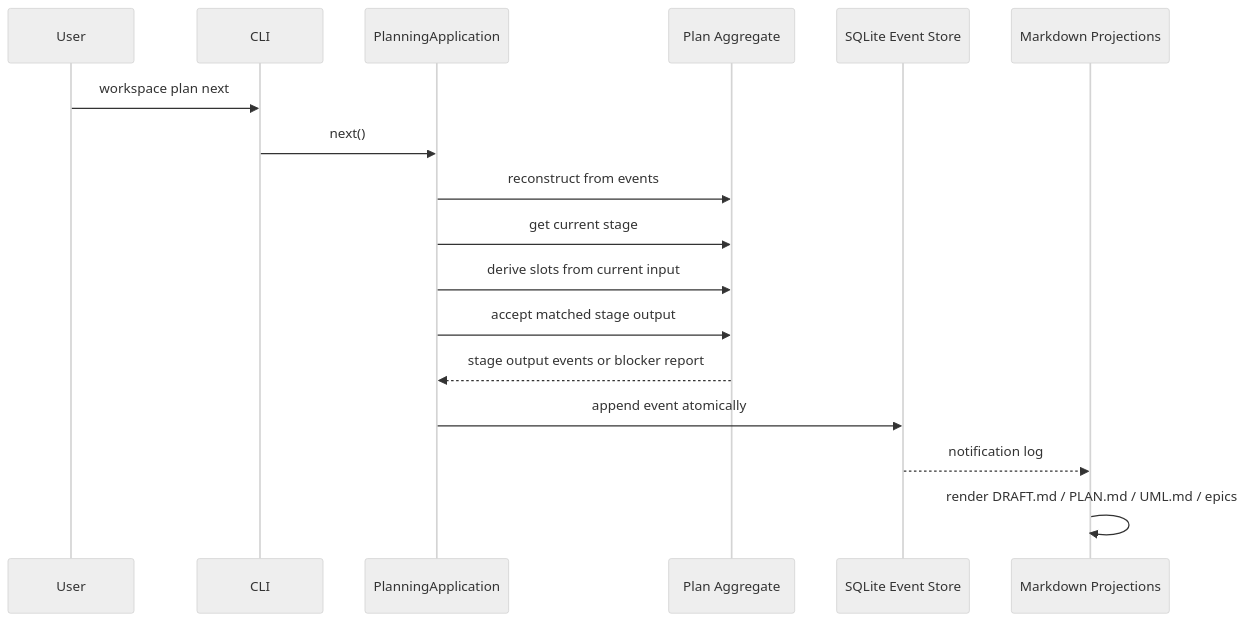
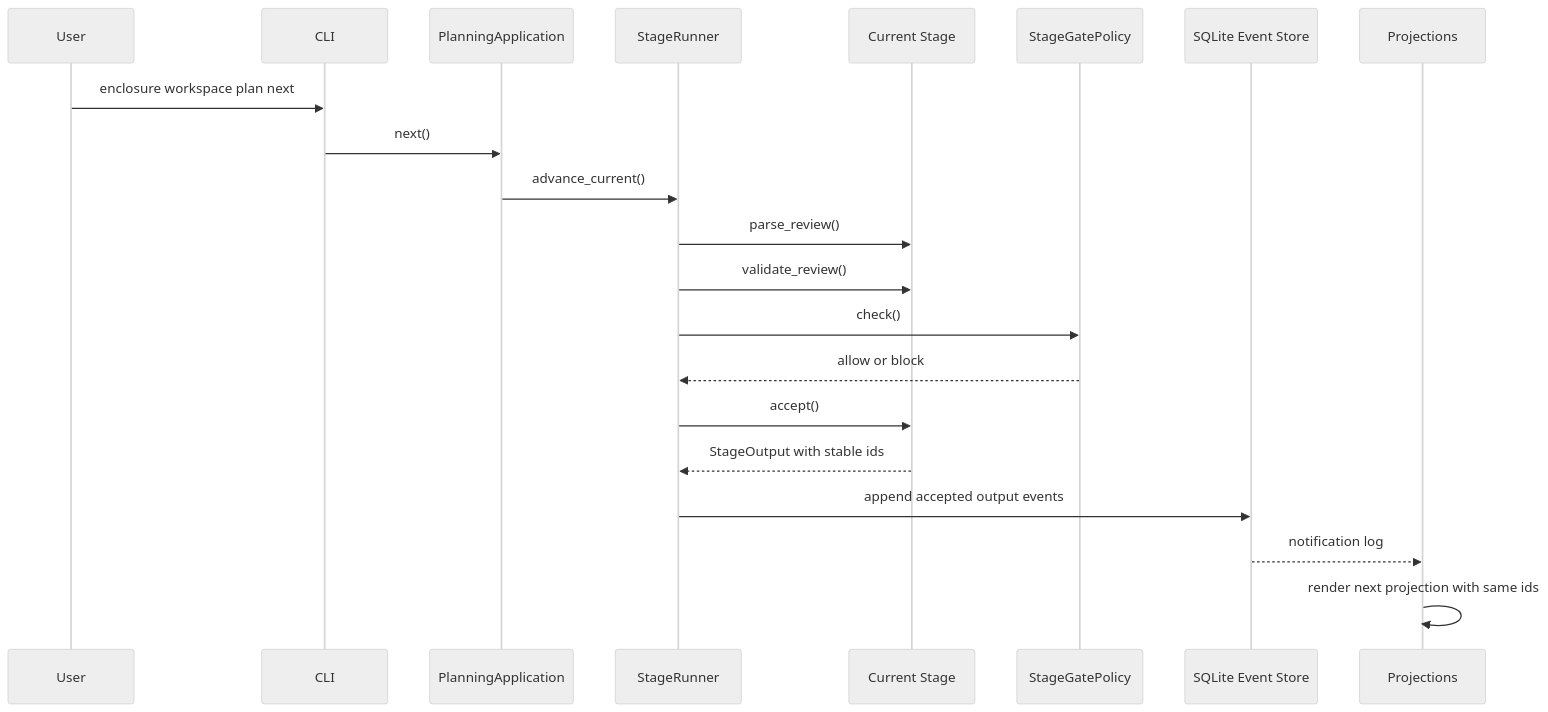
The ninth of 10 diagrams in .enclosure/plans/planning-workflow/UML.md (9orky/enclosure), drawn with Mermaid (neutral theme) before and after one commit. The commit also changed other lines of this file and 9 other files, not shown here.

````diff
--- a/.enclosure/plans/planning-workflow/UML.md
+++ b/.enclosure/plans/planning-workflow/UML.md
@@ -284,20 +250,24 @@
 ```mermaid
 sequenceDiagram
     participant User
     participant CLI
     participant App as PlanningApplication
-    participant Plan as Plan Aggregate
+    participant Runner as StageRunner
+    participant Stage as Current Stage
+    participant Gate as StageGatePolicy
     participant DB as SQLite Event Store
-    participant Proj as Markdown Projections
+    participant Proj as Projections
 
-    User->>CLI: workspace plan next
+    User->>CLI: enclosure workspace plan next
     CLI->>App: next()
-    App->>Plan: reconstruct from events
-    App->>Plan: get current stage
-    App->>Plan: derive slots from current input
-    App->>Plan: accept matched stage output
-    Plan-->>App: stage output events or blocker report
-    App->>DB: append event atomically
+    App->>Runner: advance_current()
+    Runner->>Stage: parse_review()
+    Runner->>Stage: validate_review()
+    Runner->>Gate: check()
+    Gate-->>Runner: allow or block
+    Runner->>Stage: accept()
+    Stage-->>Runner: StageOutput with stable ids
+    Runner->>DB: append accepted output events
     DB-->>Proj: notification log
-    Proj->>Proj: render DRAFT.md / PLAN.md / UML.md / epics
+    Proj->>Proj: render next projection with same ids
 ```
````
